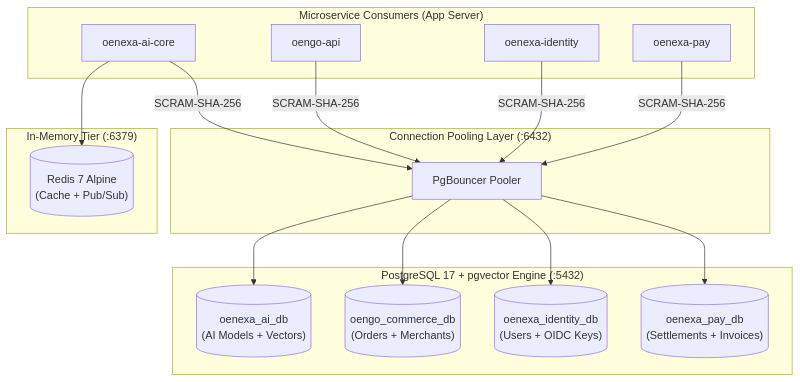
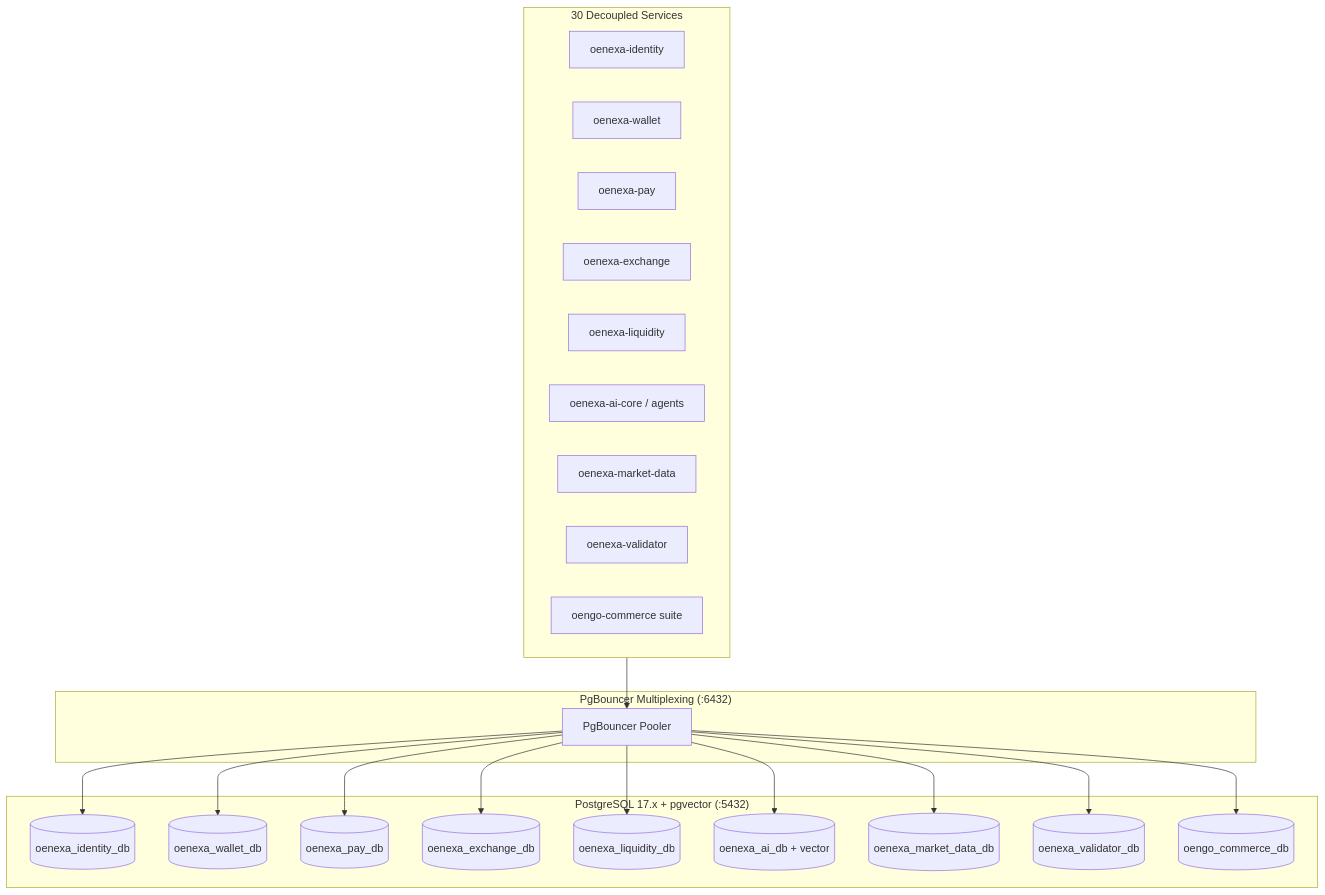
Before and after one commit to oenexa/oenexa-database: the diagram in README.md, drawn with Mermaid. The commit also changed other lines of this file and 15 other files, not shown here.

Commit message:
feat(database): author 9 enterprise relational domain schemas and database governance standard

````diff
--- a/README.md
+++ b/README.md
@@ -15,36 +16,41 @@
 ```mermaid
 flowchart TD
-    subgraph Clients["Microservice Consumers (App Server)"]
-        AI["oenexa-ai-core"]
-        GO["oengo-api"]
+    subgraph Clients["30 Decoupled Services"]
         ID["oenexa-identity"]
+        WAL["oenexa-wallet"]
         PAY["oenexa-pay"]
+        EXC["oenexa-exchange"]
+        LIQ["oenexa-liquidity"]
+        AI["oenexa-ai-core / agents"]
+        MKT["oenexa-market-data"]
+        VAL["oenexa-validator"]
+        COM["oengo-commerce suite"]
     end
 
-    subgraph Pooler["Connection Pooling Layer (:6432)"]
+    subgraph Pooler["PgBouncer Multiplexing (:6432)"]
         PGB["PgBouncer Pooler"]
     end
 
-    subgraph Engine["PostgreSQL 17 + pgvector Engine (:5432)"]
-        DB1[("oenexa_ai_db<br/>(AI Models + Vectors)")]
-        DB2[("oengo_commerce_db<br/>(Orders + Merchants)")]
-        DB3[("oenexa_identity_db<br/>(Users + OIDC Keys)")]
-        DB4[("oenexa_pay_db<br/>(Settlements + Invoices)")]
+    subgraph Engine["PostgreSQL 17.x + pgvector (:5432)"]
+        D1[("oenexa_identity_db")]
+        D2[("oenexa_wallet_db")]
+        D3[("oenexa_pay_db")]
+        D4[("oenexa_exchange_db")]
+        D5[("oenexa_liquidity_db")]
+        D6[("oenexa_ai_db + vector")]
+        D7[("oenexa_market_data_db")]
+        D8[("oenexa_validator_db")]
+        D9[("oengo_commerce_db")]
     end
 
-    subgraph Memory["In-Memory Tier (:6379)"]
-        REDIS[("Redis 7 Alpine<br/>(Cache + Pub/Sub)")]
-    end
-
-    AI -->|SCRAM-SHA-256| PGB
-    GO -->|SCRAM-SHA-256| PGB
-    ID -->|SCRAM-SHA-256| PGB
-    PAY -->|SCRAM-SHA-256| PGB
-
-    PGB --> DB1
-    PGB --> DB2
-    PGB --> DB3
-    PGB --> DB4
-
-    AI --> REDIS
+    Clients --> PGB
+    PGB --> D1
+    PGB --> D2
+    PGB --> D3
+    PGB --> D4
+    PGB --> D5
+    PGB --> D6
+    PGB --> D7
+    PGB --> D8
+    PGB --> D9
 ```
````
